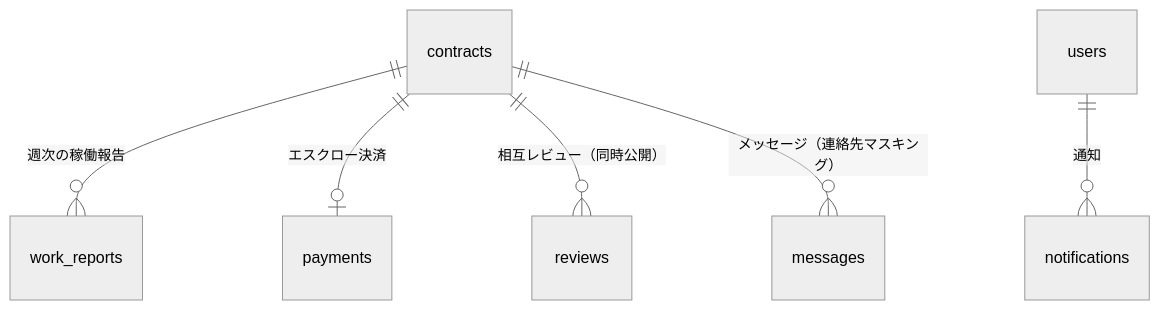
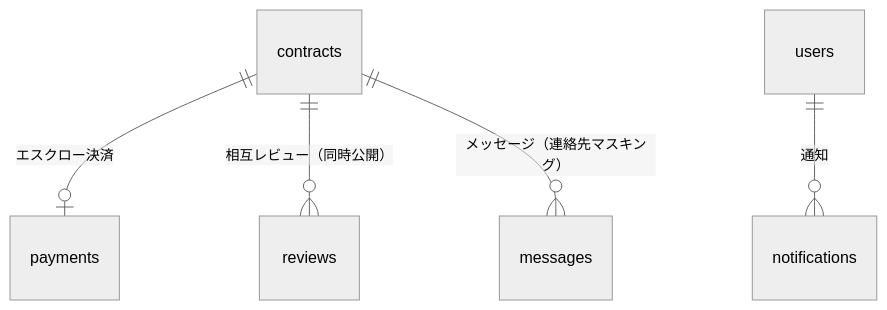
Before and after one commit to masa-devx/it-matching-service-clean-architecture: the sixth of 6 diagrams in docs/データ設計.md, drawn with Mermaid (neutral theme). The commit also changed other lines of this file and 1 other file, not shown here.

````diff
--- a/docs/データ設計.md
+++ b/docs/データ設計.md
@@ -216,8 +261,7 @@
 ```mermaid
 erDiagram
-    contracts ||--o{ work_reports : "週次の稼働報告"
     contracts ||--o| payments : "エスクロー決済"
     contracts ||--o{ reviews : "相互レビュー（同時公開）"
     contracts ||--o{ messages : "メッセージ（連絡先マスキング）"
     users ||--o{ notifications : "通知"
 ```
````
